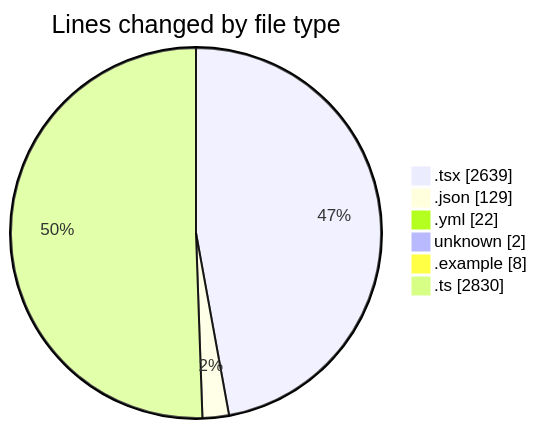
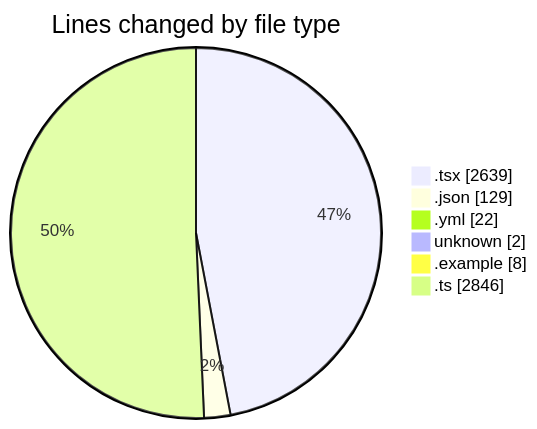
The first of 2 diagrams in 2025-11-21/eventscop-frontend-guide__workspace_/README.md (julien-gomy/code-tracking), drawn with Mermaid before and after one commit. The commit also changed other lines of this file and 1 other file, not shown here.

````diff
--- a/2025-11-21/eventscop-frontend-guide__workspace_/README.md
+++ b/2025-11-21/eventscop-frontend-guide__workspace_/README.md
@@ -59,10 +59,10 @@
 ```mermaid
 pie showData
 title Lines changed by file type
 ".tsx" : 2639
 ".json" : 129
 ".yml" : 22
 "unknown" : 2
 ".example" : 8
-".ts" : 2830
+".ts" : 2846
 ```
````
